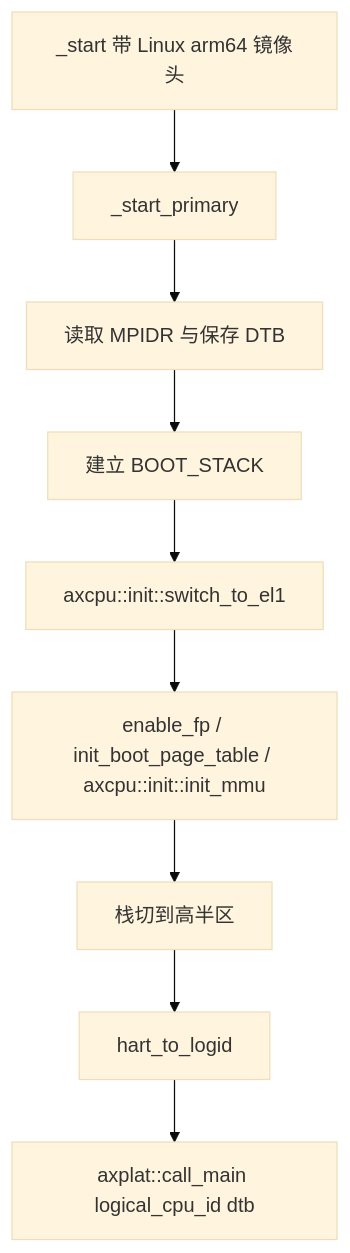
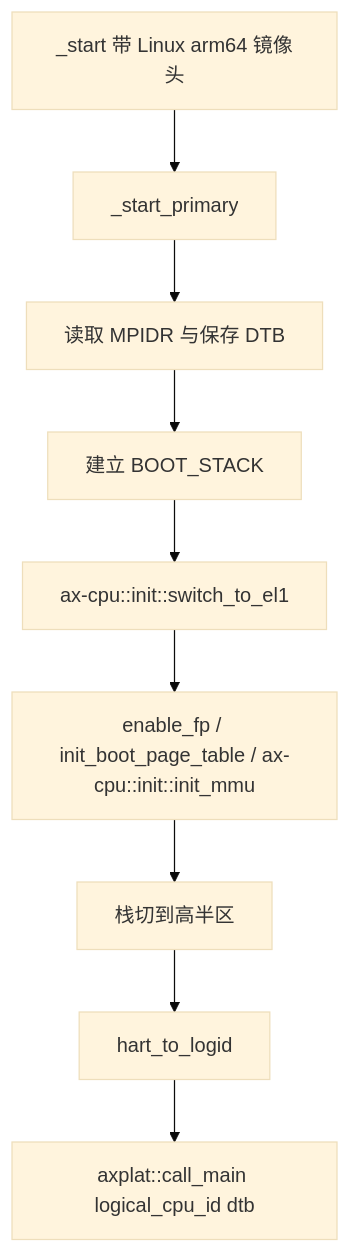
Before and after one commit to zKurisu/tgoskits: the first of 2 diagrams in docs/crates/ax-plat-aarch64-phytium-pi.md, drawn with Mermaid (base theme). The commit also changed other lines of this file and 106 other files, not shown here.

Commit message:
rename axcpu to ax-cpu

````diff
--- a/docs/crates/ax-plat-aarch64-phytium-pi.md
+++ b/docs/crates/ax-plat-aarch64-phytium-pi.md
@@ -44,11 +44,11 @@
 ```mermaid
 flowchart TD
     A[_start 带 Linux arm64 镜像头] --> B[_start_primary]
     B --> C[读取 MPIDR 与保存 DTB]
     C --> D[建立 BOOT_STACK]
-    D --> E[axcpu::init::switch_to_el1]
-    E --> F[enable_fp / init_boot_page_table / axcpu::init::init_mmu]
+    D --> E[ax-cpu::init::switch_to_el1]
+    E --> F[enable_fp / init_boot_page_table / ax-cpu::init::init_mmu]
     F --> G[栈切到高半区]
     G --> H[hart_to_logid]
     H --> I[axplat::call_main logical_cpu_id dtb]
 ```
````
